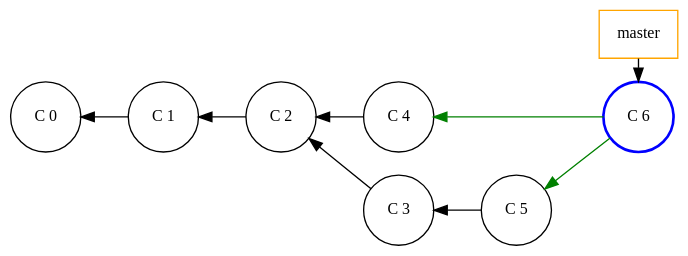
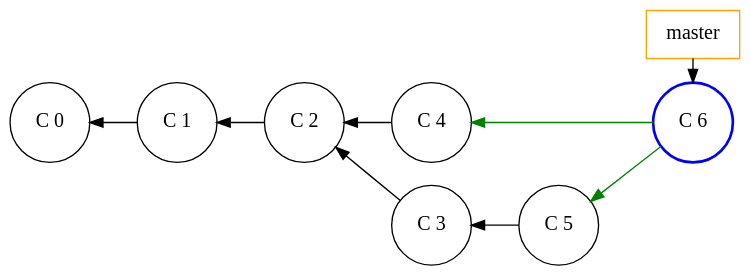
The diagram in slides/intro/src/docs/asciidoc/graphviz/git-merge-2.dot (Gepardec/git-training), drawn with Graphviz before and after one commit. The commit also changed 15 other files, not shown here.

Commit message:
- Modified README.adoc to explain how to install graphviz - Modified graphs of theoretical part - Finished theoretical part

```diff
--- a/slides/intro/src/docs/asciidoc/graphviz/git-merge-2.dot
+++ b/slides/intro/src/docs/asciidoc/graphviz/git-merge-2.dot
@@ -1,40 +1,39 @@
 digraph git_merge_fast_fwd {
     splines=line
     rankdir=LR
     bgcolor=transparent
 
-    node[width=0.3, shape=rect,fontsize=12.0, style="", color=orange]
+    node[width=0.3, shape=rect,fontsize=15.0, style="", color=orange]
     edge[dir=back, style=""]
     master [label="master"]
 
-    node[shape=circle,fontsize=12.0, style="", color=""]
+    node[shape=circle,fontsize=15.0, style="", color=""]
     edge[dir=back, style=""]
 
     c_0 [label="C 0", group=master]
     c_1 [label="C 1", group=master]
     c_2 [label="C 2", group=master]
     c_4 [label="C 4", group=master]
     c_5 [label="C 5", group=branch]
     c_3 [label="C 3", group=branch]
 
     /* Marked nodes */
     node[shape=circle, color=blue, style=bold]
     c_6 [label="C 6", group=master]
 
     edge[style=""]
     c_0 -> c_1 -> c_2
-    c_2 -> c_4
-    c_2 -> c_3
+    c_2 -> { c_3 c_4 }
     c_3 -> c_5
 
     edge[color=""]
     master -> c_6 [dir=""]
 
     edge[color=green]
     c_4 -> c_6
     c_5 -> c_6
 
     {rank=same; c_4 c_3}
     {rank=same; master c_6}
 
 }
```
